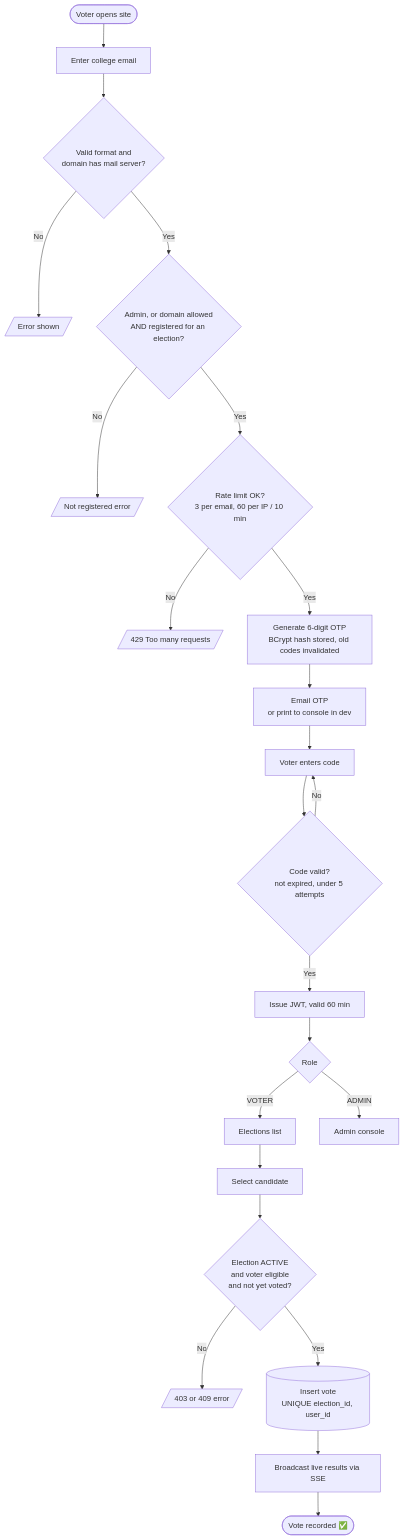
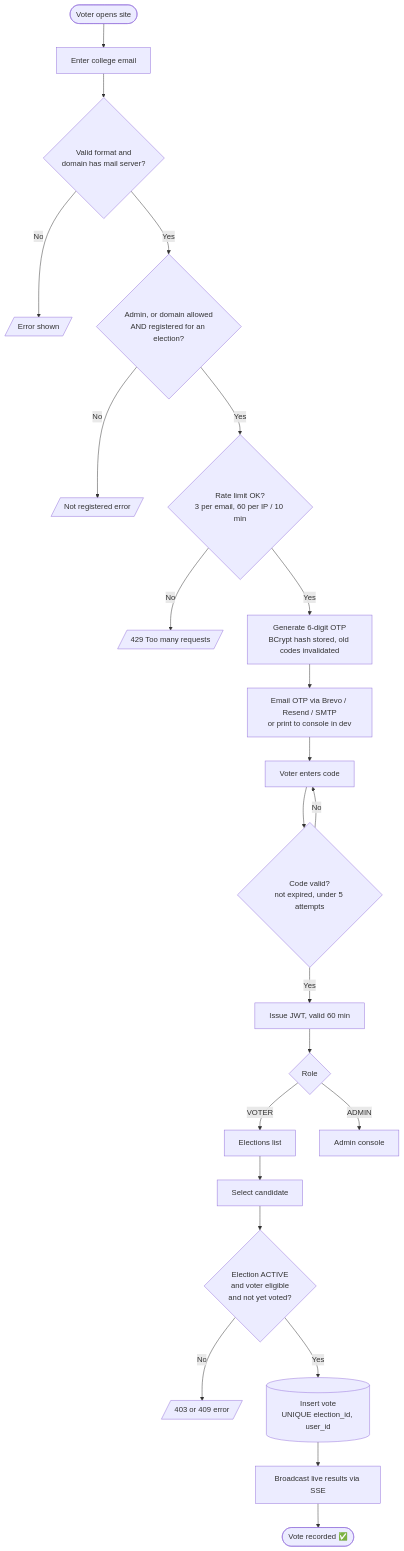
Before and after one commit to itz-Arun-001/online_voting_system: the first of 6 diagrams in README.md, drawn with Mermaid. The commit also changed other lines of this file and 1 other file, not shown here.

Commit message:
Update README: email providers, quick start, config, deployment

````diff
--- a/README.md
+++ b/README.md
@@ -68,25 +70,25 @@
 ```mermaid
 flowchart TD
     A([Voter opens site]) --> B[Enter college email]
     B --> C{Valid format and<br/>domain has mail server?}
     C -- No --> X1[/Error shown/]
     C -- Yes --> D{Admin, or domain allowed<br/>AND registered for an election?}
     D -- No --> X2[/Not registered error/]
     D -- Yes --> E{Rate limit OK?<br/>3 per email, 60 per IP / 10 min}
     E -- No --> X3[/429 Too many requests/]
     E -- Yes --> F[Generate 6-digit OTP<br/>BCrypt hash stored, old codes invalidated]
-    F --> G[Email OTP<br/>or print to console in dev]
+    F --> G[Email OTP via Brevo / Resend / SMTP<br/>or print to console in dev]
     G --> H[Voter enters code]
     H --> I{Code valid?<br/>not expired, under 5 attempts}
     I -- No --> H
     I -- Yes --> J[Issue JWT, valid 60 min]
     J --> K{Role}
     K -- VOTER --> L[Elections list]
     K -- ADMIN --> M[Admin console]
     L --> N[Select candidate]
     N --> O{Election ACTIVE<br/>and voter eligible<br/>and not yet voted?}
     O -- No --> X4[/403 or 409 error/]
     O -- Yes --> P[(Insert vote<br/>UNIQUE election_id, user_id)]
     P --> Q[Broadcast live results via SSE]
     Q --> R([Vote recorded ✅])
 ```
````
